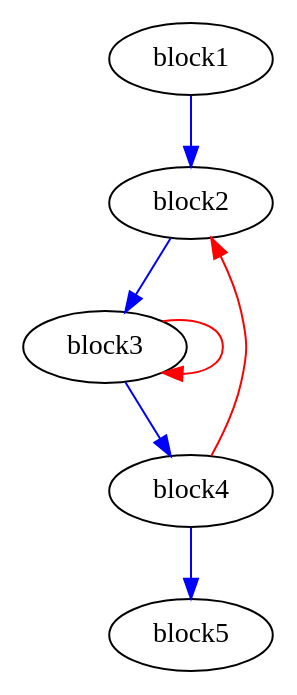
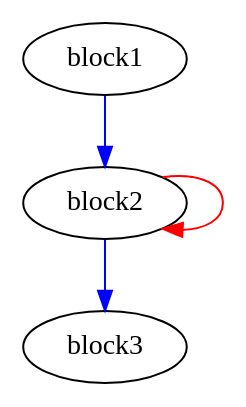
Before and after one commit to radigianluca/tagged-token-delivery: the diagram in Regression_test/examples/fir/reports/fir_bbgraph.dot, drawn with Graphviz. The commit also changed 90 other files, not shown here.

```diff
--- a/Regression_test/examples/fir/reports/fir_bbgraph.dot
+++ b/Regression_test/examples/fir/reports/fir_bbgraph.dot
@@ -1,15 +1,10 @@
 Digraph G {
 	splines=spline;
 //DHLS version: 0.1.1" [shape = "none" pos = "20,20!"]
 		"block1";
 		"block2";
 		"block3";
-		"block4";
-		"block5";
 		"block1" -> "block2" [color = "blue", freq = 100];
-		"block2" -> "block3" [color = "blue", freq = 1000];
-		"block3" -> "block3" [color = "red", freq = 9000];
-		"block3" -> "block4" [color = "blue", freq = 1000];
-		"block4" -> "block2" [color = "red", freq = 900];
-		"block4" -> "block5" [color = "blue", freq = 100];
+		"block2" -> "block2" [color = "red", freq = 5850];
+		"block2" -> "block3" [color = "blue", freq = 100];
 }
```
